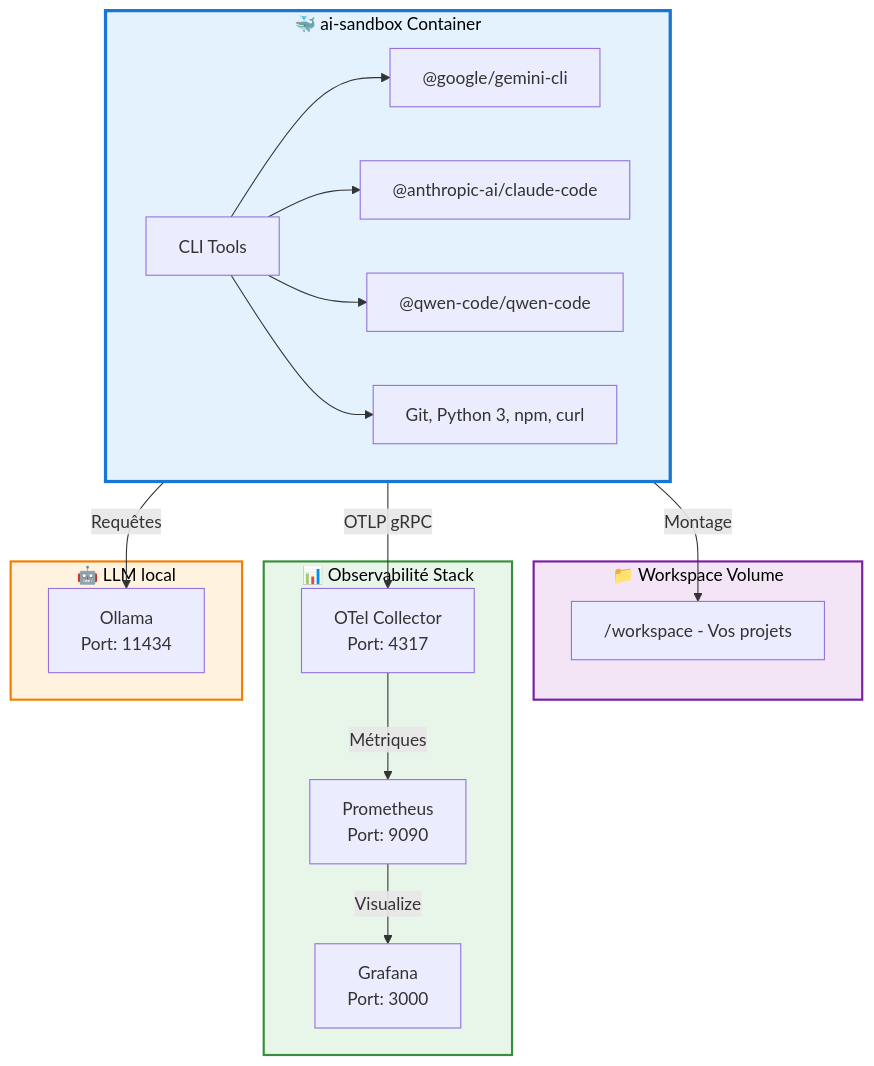
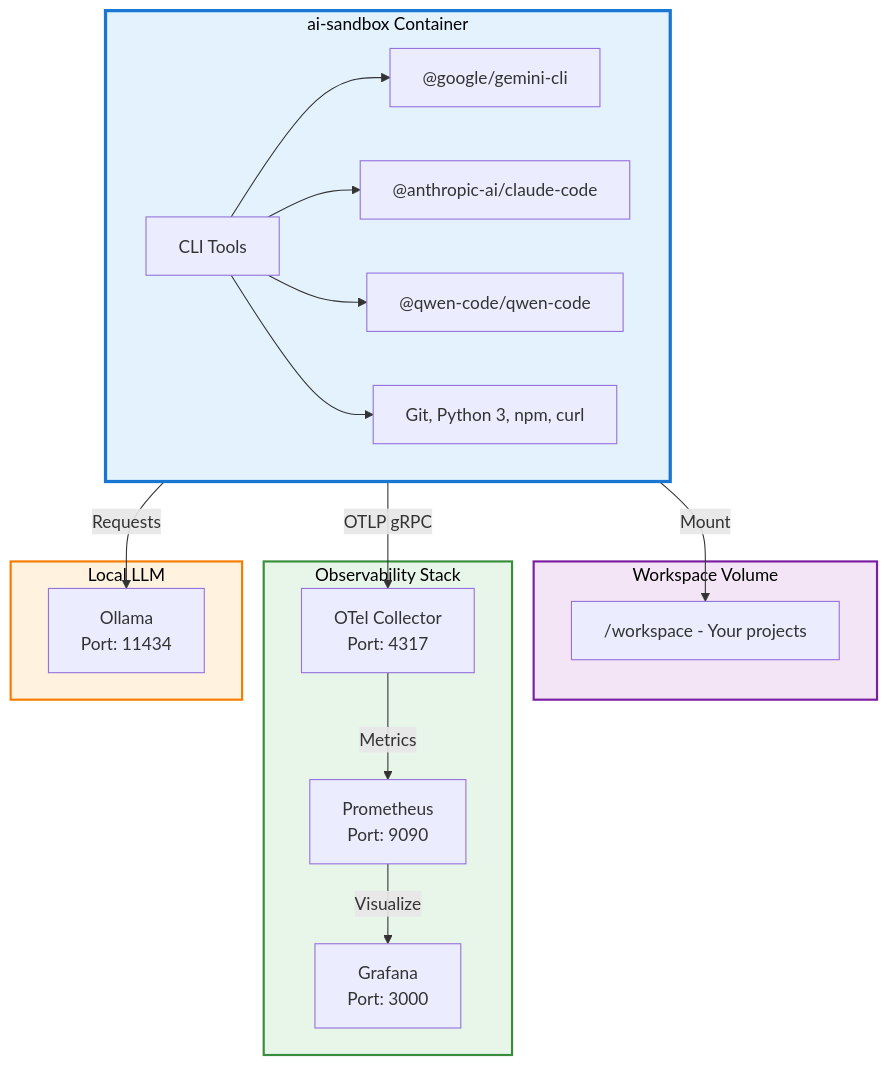
One commit to fisheatfish/ai-sandbox changed the diagram in DEVELOPER_GUIDE.md. Above: the diagram before and after it, drawn with Mermaid. The commit also changed other lines of this file and 14 other files, not shown here.

````diff
--- a/DEVELOPER_GUIDE.md
+++ b/DEVELOPER_GUIDE.md
@@ -218,42 +217,42 @@
 ```mermaid
 graph TB
-    subgraph ai_sandbox["🐳 ai-sandbox Container"]
+    subgraph ai_sandbox["ai-sandbox Container"]
         direction LR
         cli["CLI Tools"]
         gemini["@google/gemini-cli"]
         claude["@anthropic-ai/claude-code"]
         qwen["@qwen-code/qwen-code"]
         utils["Git, Python 3, npm, curl"]
-        
+
         cli --> gemini
         cli --> claude
         cli --> qwen
         cli --> utils
     end
-    
-    subgraph workspace["📁 Workspace Volume"]
-        ws["/workspace - Vos projets"]
+
+    subgraph workspace["Workspace Volume"]
+        ws["/workspace - Your projects"]
     end
-    
-    subgraph observability["📊 Observabilité Stack"]
+
+    subgraph observability["Observability Stack"]
         otlp["OTel Collector<br/>Port: 4317"]
         prom["Prometheus<br/>Port: 9090"]
         grafana["Grafana<br/>Port: 3000"]
-        
-        otlp -->|Métriques| prom
+
+        otlp -->|Metrics| prom
         prom -->|Visualize| grafana
     end
-    
-    subgraph llm["🤖 LLM local"]
+
+    subgraph llm["Local LLM"]
         ollama["Ollama<br/>Port: 11434"]
     end
-    
+
     ai_sandbox -->|OTLP gRPC| otlp
-    ai_sandbox -->|Montage| ws
-    ai_sandbox -->|Requêtes| ollama
-    
+    ai_sandbox -->|Mount| ws
+    ai_sandbox -->|Requests| ollama
+
     style ai_sandbox fill:#e3f2fd,stroke:#1976d2,stroke-width:3px,color:#000
     style workspace fill:#f3e5f5,stroke:#7b1fa2,stroke-width:2px,color:#000
     style observability fill:#e8f5e9,stroke:#388e3c,stroke-width:2px,color:#000
     style llm fill:#fff3e0,stroke:#f57c00,stroke-width:2px,color:#000
 ```
````
